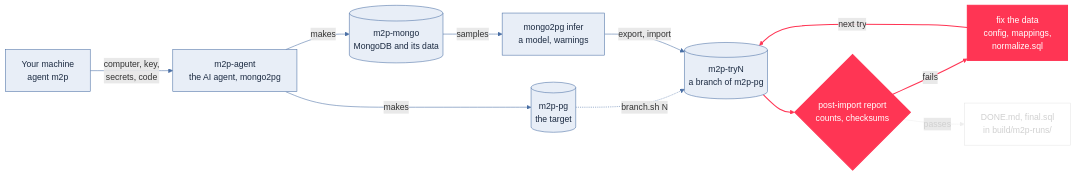
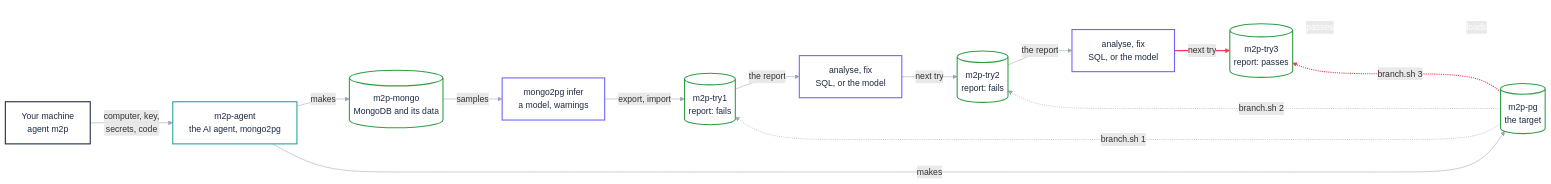
Before and after one commit to bertrandcedric/nevia-agent: the eighth of 17 diagrams in docs/presentation.md, drawn with Mermaid. The commit also changed other lines of this file and 7 other files, not shown here.

````diff
--- a/docs/presentation.md
+++ b/docs/presentation.md
@@ -311,38 +557,53 @@
 ```mermaid
 flowchart LR
     you["Your machine<br/>agent m2p"]
     agent["m2p-agent<br/>the AI agent, mongo2pg"]
     mongo[("m2p-mongo<br/>MongoDB and its data")]
     pg[("m2p-pg<br/>the target")]
     infer["mongo2pg infer<br/>a model, warnings"]
-    branch[("m2p-tryN<br/>a branch of m2p-pg")]
-    report{"post-import report<br/>counts, checksums"}
-    fix["fix the data<br/>config, mappings,<br/>normalize.sql"]
+    t1[("m2p-try1<br/>report: fails")]
+    f1["analyse, fix<br/>SQL, or the model"]
+    t2[("m2p-try2<br/>report: fails")]
+    f2["analyse, fix<br/>SQL, or the model"]
+    t3[("m2p-try3<br/>report: passes")]
     finish["DONE.md, final.sql<br/>in build/m2p-runs/"]
     you -->|"computer, key,<br/>secrets, code"| agent
     agent -->|"makes"| mongo
     agent -->|"makes"| pg
     mongo -->|"samples"| infer
-    pg -.->|"branch.sh N"| branch
-    infer -->|"export, import"| branch
-    branch --> report
-    report -->|"fails"| fix
-    fix -->|"next try"| branch
-    report -->|"passes"| finish
-    classDef now fill:#ff3554,stroke:#ff3554,color:#fff,stroke-width:2px
-    classDef done fill:#e8eef7,stroke:#4a6fa5,color:#1b2a41
-    classDef todo fill:#fff,stroke:#e6e6e6,color:#d0d0d0
-    class report,fix now
-    class you,agent,mongo,pg,infer,branch done
+    infer -->|"export, import"| t1
+    pg -.->|"branch.sh 1"| t1
+    t1 -->|"the report"| f1
+    f1 -->|"next try"| t2
+    pg -.->|"branch.sh 2"| t2
+    t2 -->|"the report"| f2
+    f2 -->|"next try"| t3
+    pg -.->|"branch.sh 3"| t3
+    t3 -->|"passes"| finish
+    finish -->|"loads"| pg
+    classDef kyou fill:#fff,stroke:#1b2a41,color:#1b2a41,stroke-width:2px
+    classDef kcomputer fill:#fff,stroke:#1fa5a3,color:#1b2a41,stroke-width:2px
+    classDef kdb fill:#fff,stroke:#2e9e44,color:#1b2a41,stroke-width:2px
+    classDef kai fill:#fff,stroke:#6f64ff,color:#1b2a41,stroke-width:2px
+    classDef kresult fill:#fff,stroke:#e8833a,color:#1b2a41,stroke-width:2px
+    classDef todo fill:#fff,stroke:#fff,color:#fff
+    class you kyou
+    class agent kcomputer
+    class mongo,pg,t1,t2,t3 kdb
+    class infer,f1,f2 kai
     class finish todo
-    linkStyle 0 stroke:#4a6fa5
-    linkStyle 1 stroke:#4a6fa5
-    linkStyle 2 stroke:#4a6fa5
-    linkStyle 3 stroke:#4a6fa5
-    linkStyle 4 stroke:#4a6fa5
-    linkStyle 5 stroke:#4a6fa5
-    linkStyle 6 stroke:#ff3554,stroke-width:2px
-    linkStyle 7 stroke:#ff3554,stroke-width:2px
-    linkStyle 8 stroke:#ff3554,stroke-width:2px
-    linkStyle 9 stroke:#eeeeee,color:#d0d0d0
+    linkStyle 0 stroke:#9aa5b8
+    linkStyle 1 stroke:#9aa5b8
+    linkStyle 2 stroke:#9aa5b8
+    linkStyle 3 stroke:#9aa5b8
+    linkStyle 4 stroke:#9aa5b8
+    linkStyle 5 stroke:#9aa5b8
+    linkStyle 6 stroke:#9aa5b8
+    linkStyle 7 stroke:#9aa5b8
+    linkStyle 8 stroke:#9aa5b8
+    linkStyle 9 stroke:#9aa5b8
+    linkStyle 10 stroke:#ff3554,stroke-width:2px
+    linkStyle 11 stroke:#ff3554,stroke-width:2px
+    linkStyle 12 stroke:#fff,color:#fff
+    linkStyle 13 stroke:#fff,color:#fff
 ```
````
